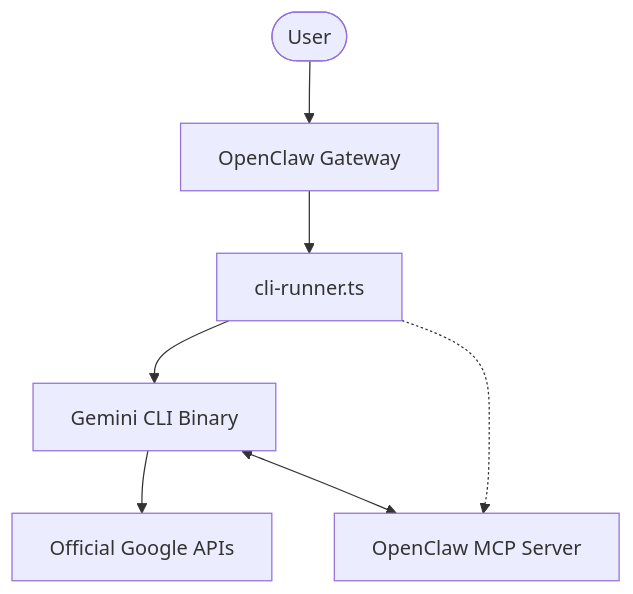
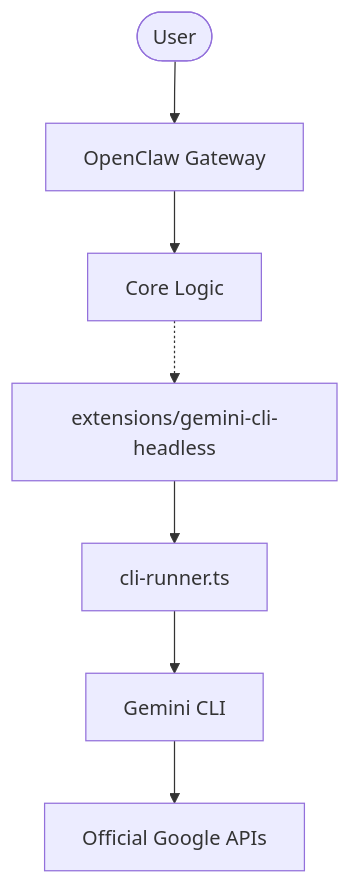
The first of 2 diagrams in README.md (h0tp-ftw/openclaw), drawn with Mermaid before and after one commit. The commit also changed other lines of this file and 2 other files, not shown here.

Commit message:
chore: enable gemini extension by default and update docs

````diff
--- a/README.md
+++ b/README.md
@@ -48,9 +90,9 @@
 ```mermaid
 graph TD
     User([User]) --> Gateway[OpenClaw Gateway]
-    Gateway --> Runner[cli-runner.ts]
-    Runner --> GeminiCLI[Gemini CLI Binary]
+    Gateway --> Core[Core Logic]
+    Core -.-> Extension[extensions/gemini-cli-headless]
+    Extension --> Runner[cli-runner.ts]
+    Runner --> GeminiCLI[Gemini CLI]
     GeminiCLI --> GoogleAPI[Official Google APIs]
-    Runner -.-> MCP[OpenClaw MCP Server]
-    GeminiCLI <--> MCP
 ```
````
